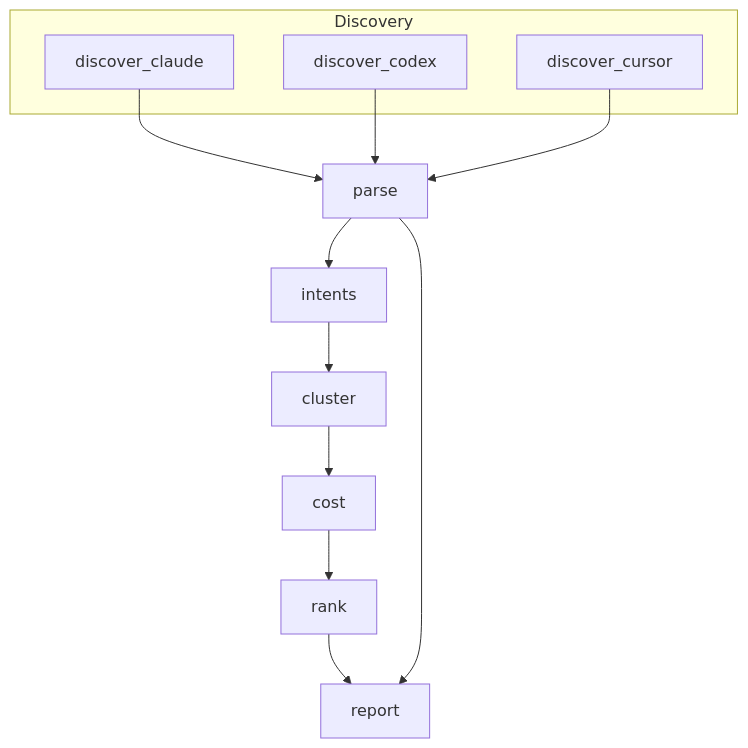
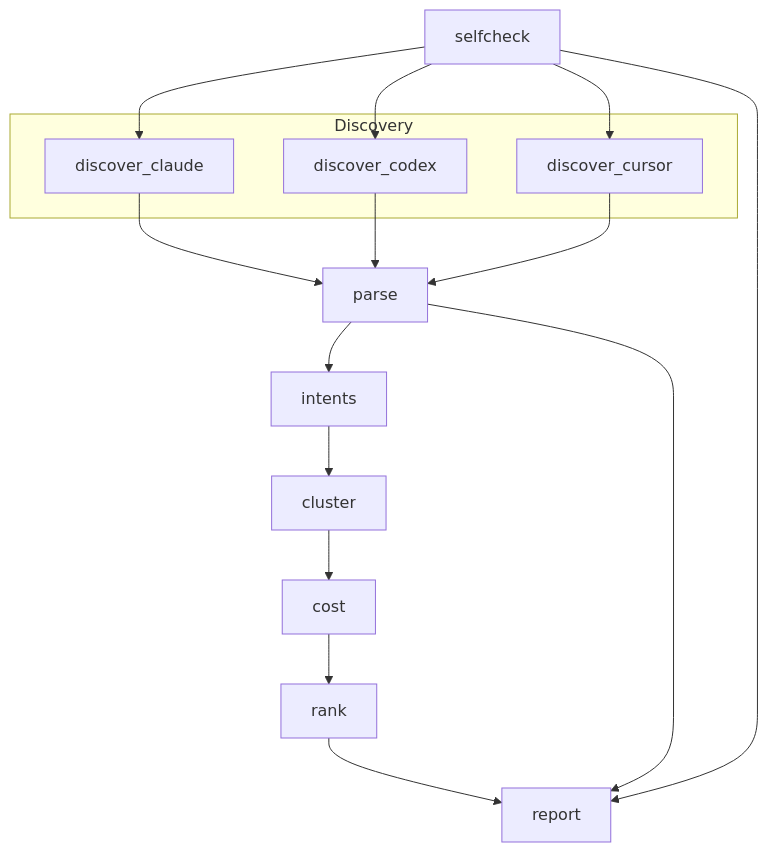
Before and after one commit to GautamTalksDev/groundhog: the diagram in README.md, drawn with Mermaid. The commit also changed other lines of this file and 12 other files, not shown here.

````diff
--- a/README.md
+++ b/README.md
@@ -69,17 +72,22 @@
 ```mermaid
 flowchart TD
+  S[selfcheck]
   subgraph discovery [Discovery]
     A[discover_claude]
     B[discover_codex]
     C[discover_cursor]
   end
+  S --> A
+  S --> B
+  S --> C
   A --> P[parse]
   B --> P
   C --> P
   P --> I[intents]
   I --> K[cluster]
   K --> O[cost]
   O --> R[rank]
   R --> T[report]
   P --> T
+  S --> T
 ```
````
